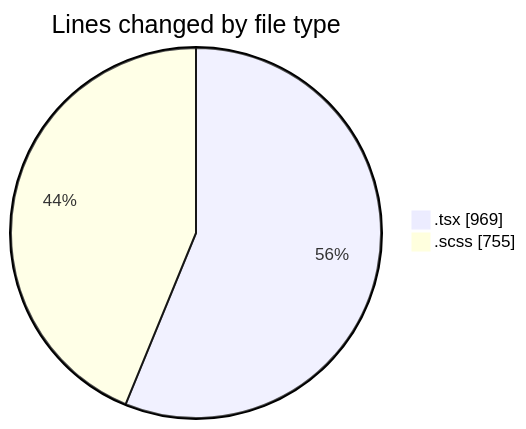
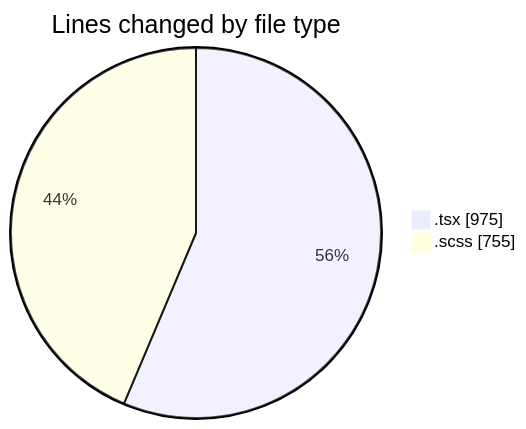
One commit to momahboobian/code-tracking changed the first of 2 diagrams in 2025-10-06/cda/README.md. Above: the diagram before and after it, drawn with Mermaid. The commit also changed other lines of this file and 1 other file, not shown here.

````diff
--- a/2025-10-06/cda/README.md
+++ b/2025-10-06/cda/README.md
@@ -24,6 +24,6 @@
 ```mermaid
 pie showData
 title Lines changed by file type
-".tsx" : 969
+".tsx" : 975
 ".scss" : 755
 ```
````
